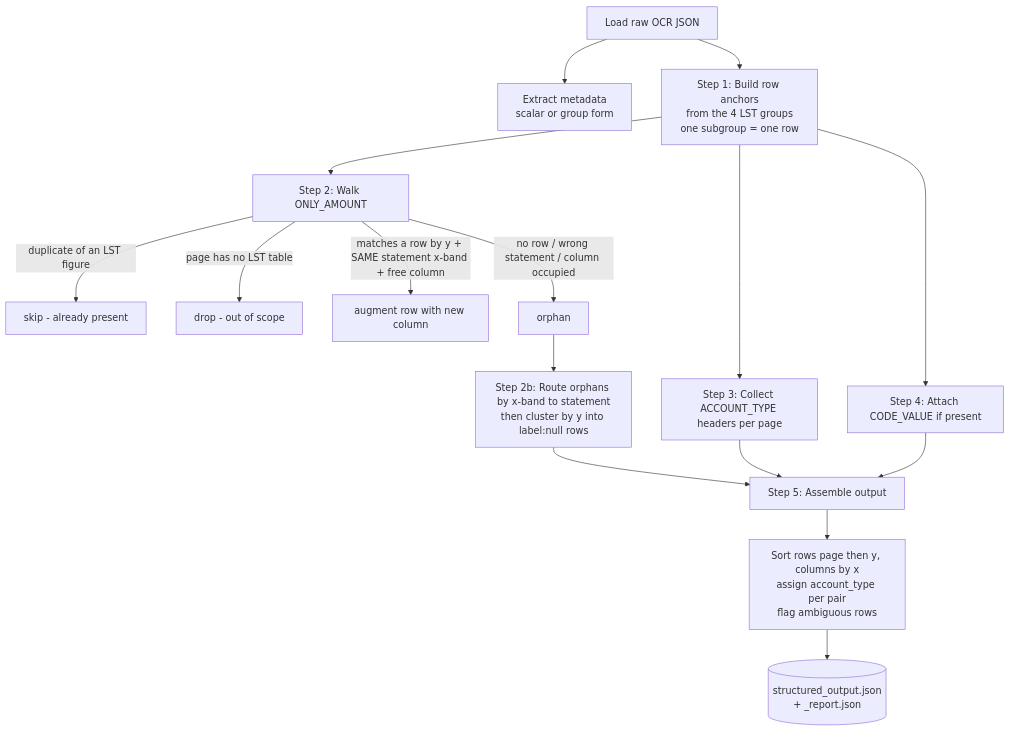
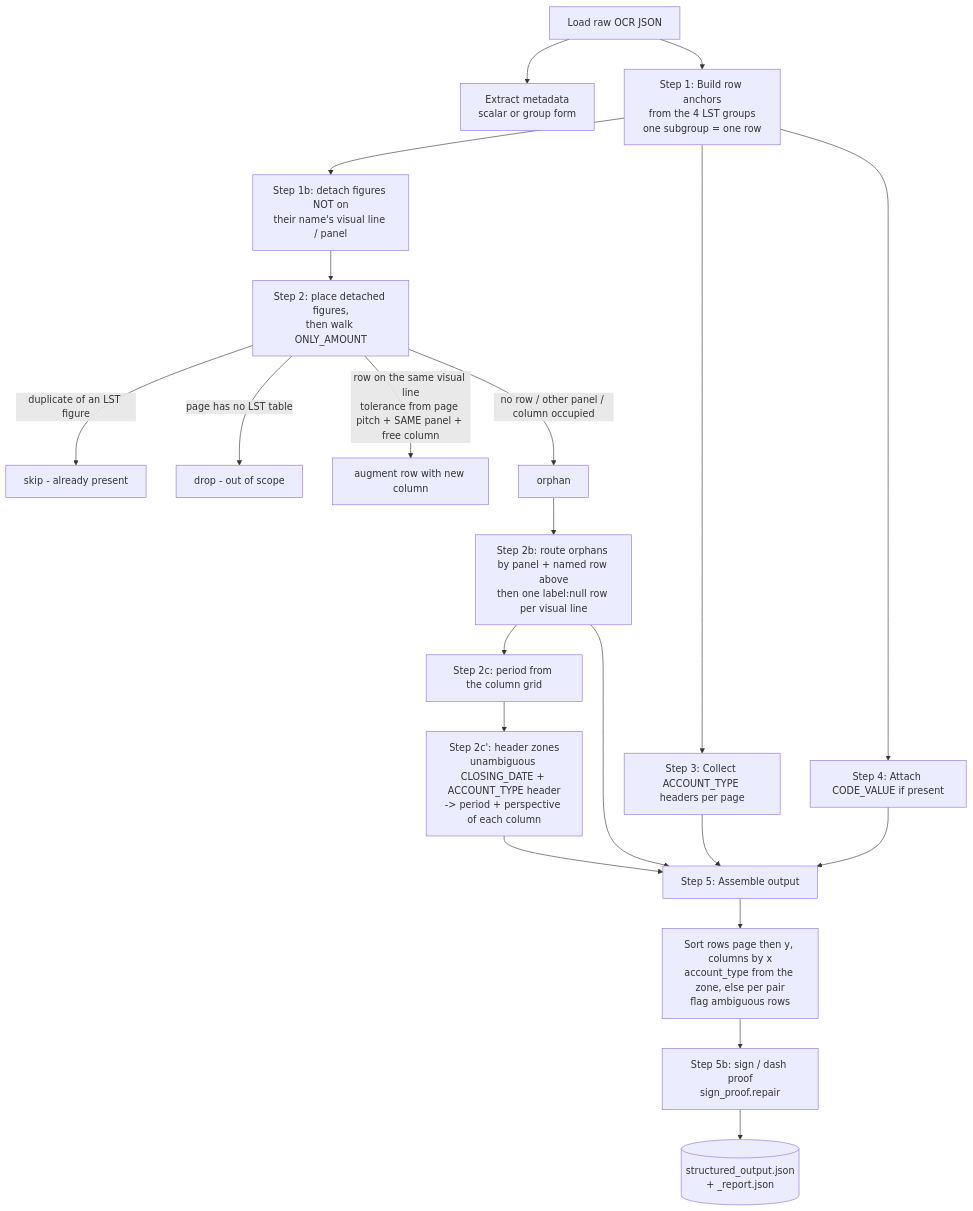
The diagram in docs/OCR_Table_Reconstruction.md (Npvel/brazilian_ocr_processing), drawn with Mermaid before and after one commit. The commit also changed other lines of this file and 28 other files, not shown here.

````diff
--- a/docs/OCR_Table_Reconstruction.md
+++ b/docs/OCR_Table_Reconstruction.md
@@ -362,18 +407,23 @@
 ```mermaid
 flowchart TD
     A[Load raw OCR JSON] --> B[Extract metadata<br/>scalar or group form]
     A --> C[Step 1: Build row anchors<br/>from the 4 LST groups<br/>one subgroup = one row]
-    C --> D[Step 2: Walk ONLY_AMOUNT]
+    C --> C2[Step 1b: detach figures NOT on<br/>their name's visual line / panel]
+    C2 --> D[Step 2: place detached figures,<br/>then walk ONLY_AMOUNT]
     D -->|duplicate of an LST figure| D1[skip - already present]
     D -->|page has no LST table| D2[drop - out of scope]
-    D -->|matches a row by y + SAME statement x-band + free column| D3[augment row with new column]
-    D -->|no row / wrong statement / column occupied| D4[orphan]
-    D4 --> E[Step 2b: Route orphans by x-band to statement<br/>then cluster by y into label:null rows]
+    D -->|row on the same visual line<br/>tolerance from page pitch + SAME panel + free column| D3[augment row with new column]
+    D -->|no row / other panel / column occupied| D4[orphan]
+    D4 --> E[Step 2b: route orphans by panel + named row above<br/>then one label:null row per visual line]
+    E --> E2[Step 2c: period from the column grid]
+    E2 --> E3[Step 2c': header zones<br/>unambiguous CLOSING_DATE + ACCOUNT_TYPE header<br/>-> period + perspective of each column]
     C --> F[Step 3: Collect ACCOUNT_TYPE headers per page]
     G[Step 4: Attach CODE_VALUE if present] --> H
     C --> G
     E --> H[Step 5: Assemble output]
     F --> H
-    H --> I[Sort rows page then y, columns by x<br/>assign account_type per pair<br/>flag ambiguous rows]
-    I --> J[(structured_output.json<br/>+ _report.json)]
+    E3 --> H
+    H --> I[Sort rows page then y, columns by x<br/>account_type from the zone, else per pair<br/>flag ambiguous rows]
+    I --> I2[Step 5b: sign / dash proof<br/>sign_proof.repair]
+    I2 --> J[(structured_output.json<br/>+ _report.json)]
 ```
````
